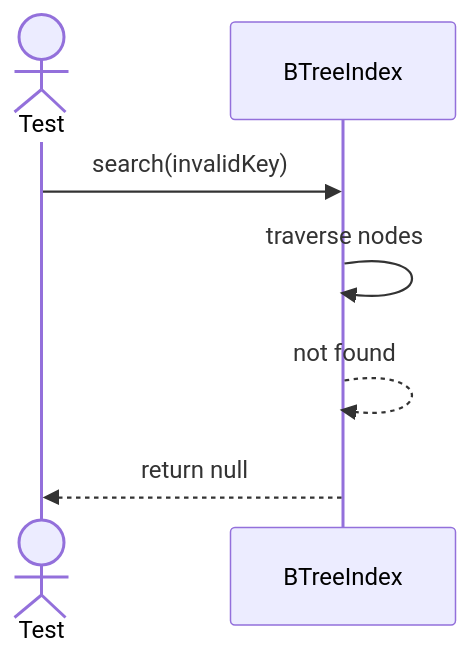
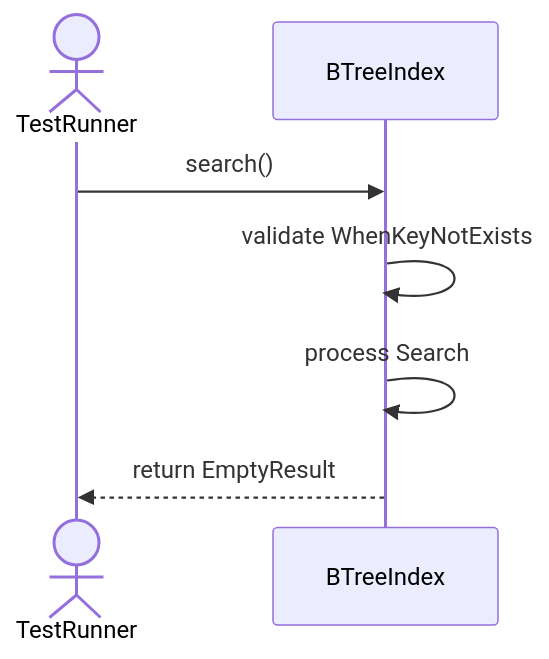
Before and after one commit to TamBui1706/DBMS: the third of 8 diagrams in Sequences/DatabaseObjectManagement/BTreeIndex.md, drawn with Mermaid. The commit also changed other lines of this file and 63 other files, not shown here.

Commit message:
Draw sequence diagram for unit tests

````diff
--- a/Sequences/DatabaseObjectManagement/BTreeIndex.md
+++ b/Sequences/DatabaseObjectManagement/BTreeIndex.md
@@ -42,10 +46,9 @@
 ```mermaid
 sequenceDiagram
-    actor Test
+    actor TestRunner
     participant BTreeIndex
-
-    Test->>BTreeIndex: search(invalidKey)
-    BTreeIndex->>BTreeIndex: traverse nodes
-    BTreeIndex-->>BTreeIndex: not found
-    BTreeIndex-->>Test: return null
+    TestRunner->>BTreeIndex: search()
+    BTreeIndex->>BTreeIndex: validate WhenKeyNotExists
+    BTreeIndex->>BTreeIndex: process Search
+    BTreeIndex-->>TestRunner: return EmptyResult
 ```
````
